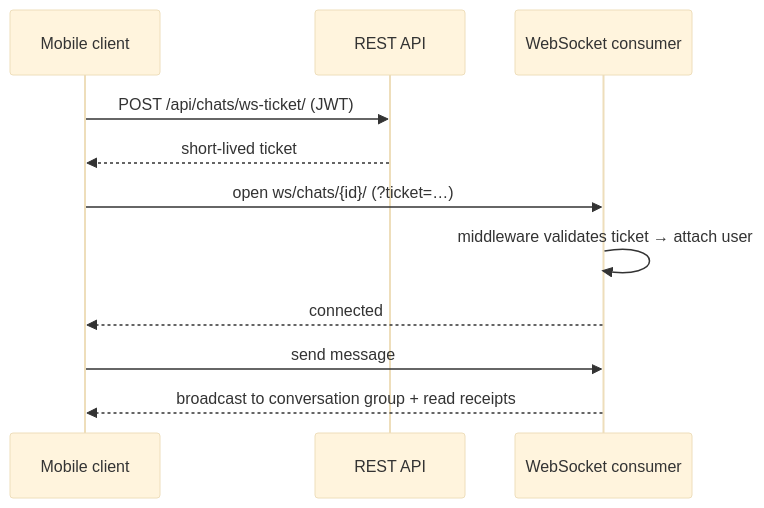
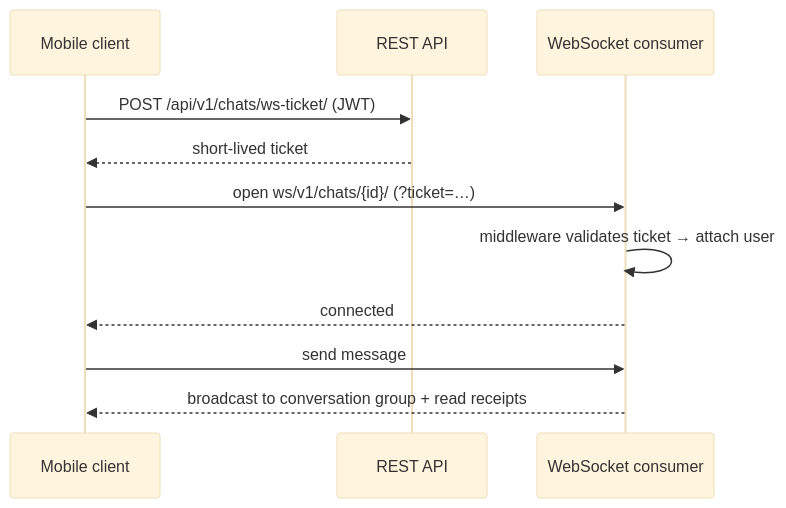
The second of 2 diagrams in README.md (sebastiancybul/where-is-my-dog), drawn with Mermaid (base theme) before and after one commit. The commit also changed other lines of this file and 12 other files, not shown here.

````diff
--- a/README.md
+++ b/README.md
@@ -200,14 +200,14 @@
 ```mermaid
 sequenceDiagram
     participant C as Mobile client
     participant API as REST API
     participant WS as WebSocket consumer
 
-    C->>API: POST /api/chats/ws-ticket/ (JWT)
+    C->>API: POST /api/v1/chats/ws-ticket/ (JWT)
     API-->>C: short-lived ticket
-    C->>WS: open ws/chats/{id}/ (?ticket=…)
+    C->>WS: open ws/v1/chats/{id}/ (?ticket=…)
     WS->>WS: middleware validates ticket → attach user
     WS-->>C: connected
     C->>WS: send message
     WS-->>C: broadcast to conversation group + read receipts
 ```
````
